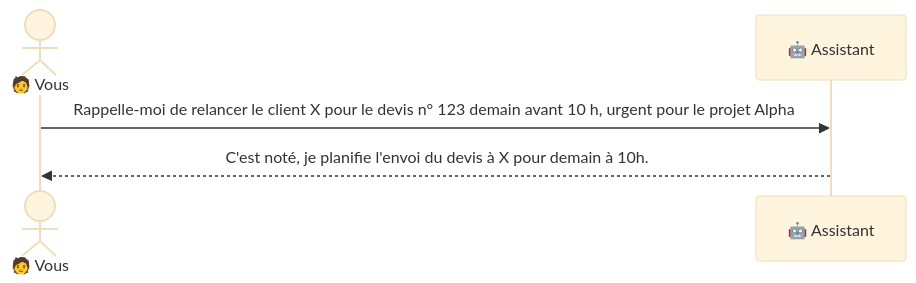
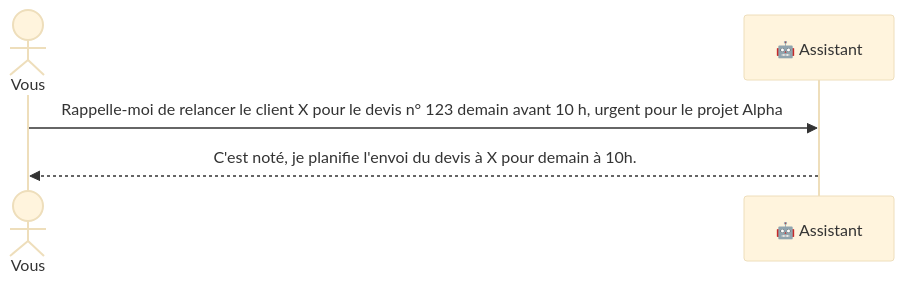
The second of 2 diagrams in README.md (g-dangelo/organisateur-urgences-make-ia), drawn with Mermaid (base theme) before and after one commit.

````diff
--- a/README.md
+++ b/README.md
@@ -62,7 +62,7 @@
 ```mermaid
 sequenceDiagram
-    actor U as 🧑 Vous
+    actor U as Vous
     participant A as 🤖 Assistant
     U->>A: Rappelle-moi de relancer le client X pour le devis n° 123 demain avant 10 h, urgent pour le projet Alpha
     A-->>U: C'est noté, je planifie l'envoi du devis à X pour demain à 10h.
 ```
````
